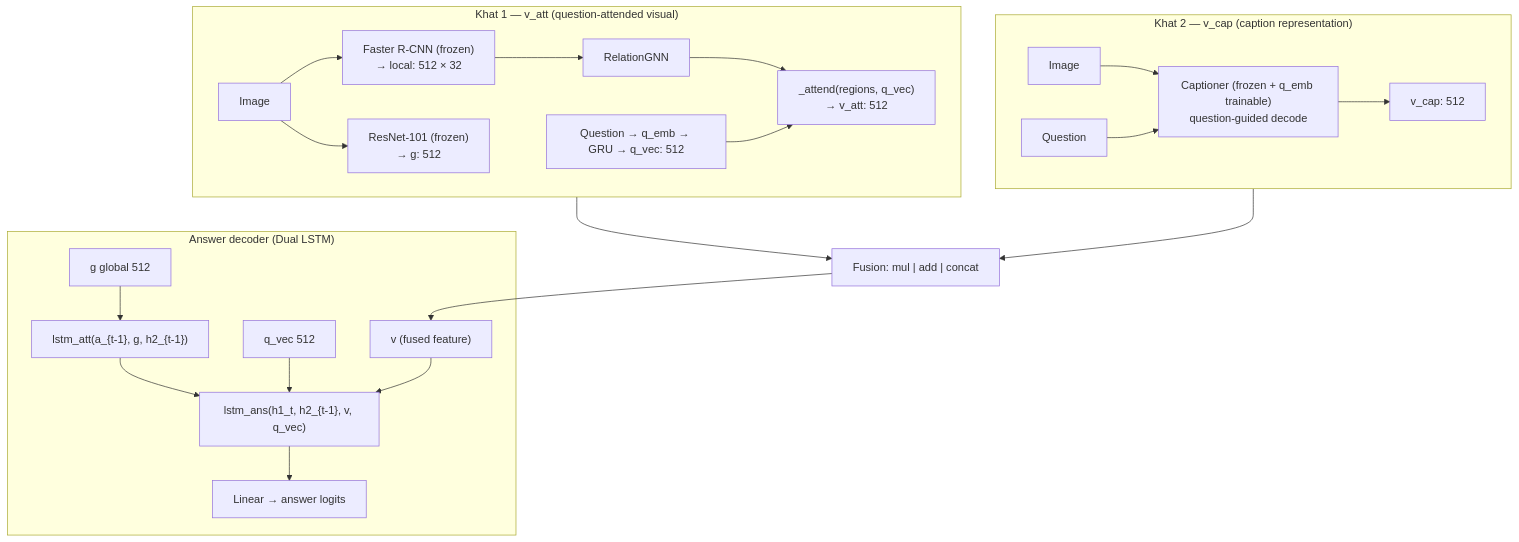
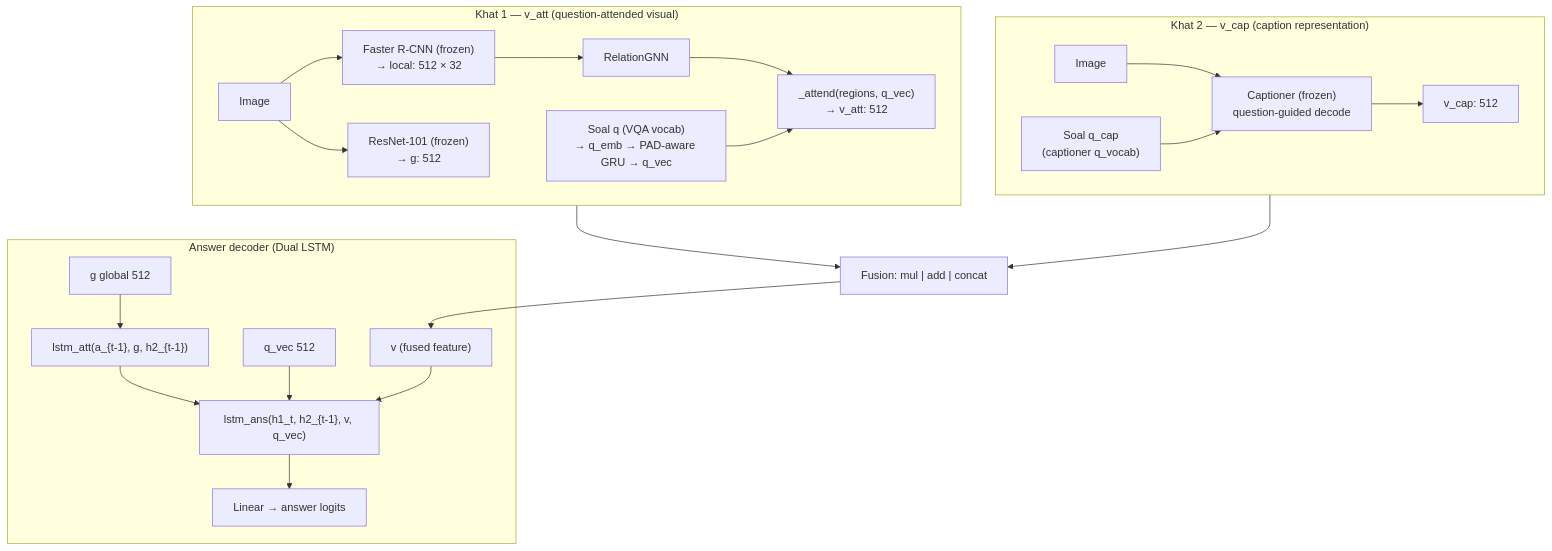
Before and after one commit to MahdiRuzmeh/ImageCaptioningImprovedVisualQuestionAnswering: the third of 3 diagrams in architecture/ARCHITECTURE.fa.md, drawn with Mermaid. The commit also changed other lines of this file and 14 other files, not shown here.

Commit message:
chore: Change models (IC and VQA) to work with custom question dependent caption dataset.

````diff
--- a/architecture/ARCHITECTURE.fa.md
+++ b/architecture/ARCHITECTURE.fa.md
@@ -155,42 +158,42 @@
 ```mermaid
 flowchart TB
     subgraph LINE1["Khat 1 — v_att (question-attended visual)"]
         I1[Image]
         RES["ResNet-101 (frozen)\n→ g: 512"]
         LOC["Faster R-CNN (frozen)\n→ local: 512 × 32"]
         GNN2[RelationGNN]
-        Q1["Question → q_emb → GRU → q_vec: 512"]
+        Q1["Soal q (VQA vocab)\n→ q_emb → PAD-aware GRU → q_vec"]
         ATT2["_attend(regions, q_vec)\n→ v_att: 512"]
         I1 --> LOC --> GNN2 --> ATT2
         Q1 --> ATT2
         I1 --> RES
     end
 
     subgraph LINE2["Khat 2 — v_cap (caption representation)"]
         I2[Image]
-        Q2[Question]
-        CAP["Captioner (frozen + q_emb trainable)\nquestion-guided decode"]
+        Q2["Soal q_cap\n(captioner q_vocab)"]
+        CAP["Captioner (frozen)\nquestion-guided decode"]
         VCAP["v_cap: 512"]
         I2 --> CAP
         Q2 --> CAP
         CAP --> VCAP
     end
 
     FUSE["Fusion: mul | add | concat"]
     V["v (fused feature)"]
     LINE1 --> FUSE
     LINE2 --> FUSE
     FUSE --> V
 
     subgraph ANS_DEC["Answer decoder (Dual LSTM)"]
         RES2[g global 512]
         Q3[q_vec 512]
         LA["lstm_att(a_{t-1}, g, h2_{t-1})"]
         LB["lstm_ans(h1_t, h2_{t-1}, v, q_vec)"]
         CLS["Linear → answer logits"]
         LA --> LB --> CLS
         RES2 --> LA
         Q3 --> LB
         V --> LB
     end
 ```
````
